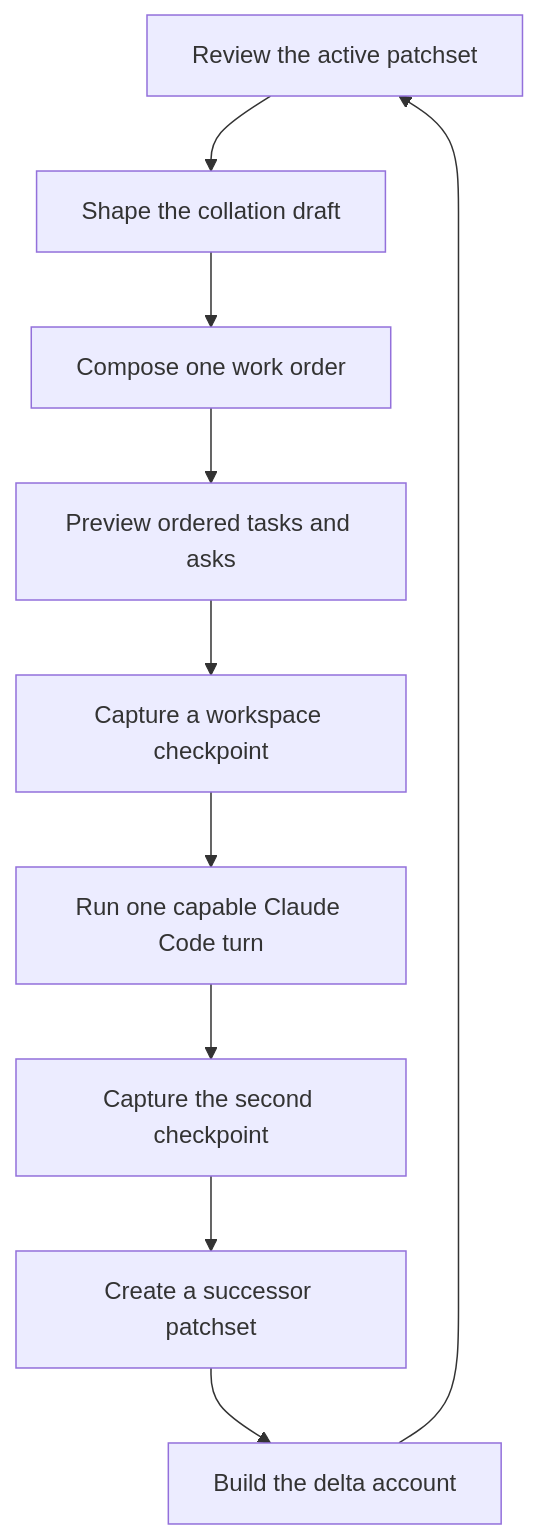
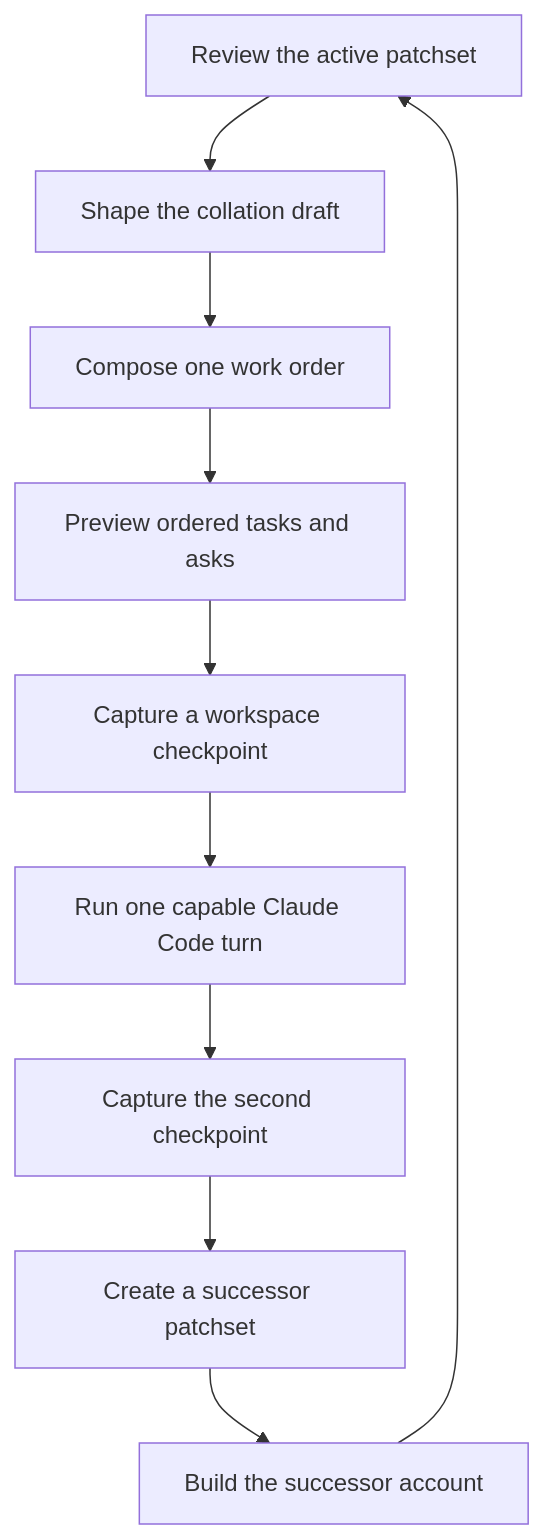
One commit to rbutera/Rennet changed the first of 3 diagrams in docs/developing/concepts/agent-handoff.md. Above: the diagram before and after it, drawn with Mermaid. The commit also changed other lines of this file and 3 other files, not shown here.

Commit message:
docs(b2): task 8.2 — rename delta account to successor account across concept + guide pages (#489)

````diff
--- a/docs/developing/concepts/agent-handoff.md
+++ b/docs/developing/concepts/agent-handoff.md
@@ -13,12 +13,12 @@
 ```mermaid
 flowchart TD
   review[Review the active patchset] --> draft[Shape the collation draft]
   draft --> compose[Compose one work order]
   compose --> preview[Preview ordered tasks and asks]
   preview --> before[Capture a workspace checkpoint]
   before --> agent[Run one capable Claude Code turn]
   agent --> after[Capture the second checkpoint]
   after --> successor[Create a successor patchset]
-  successor --> delta[Build the delta account]
+  successor --> delta[Build the successor account]
   delta --> review
 ```
````
